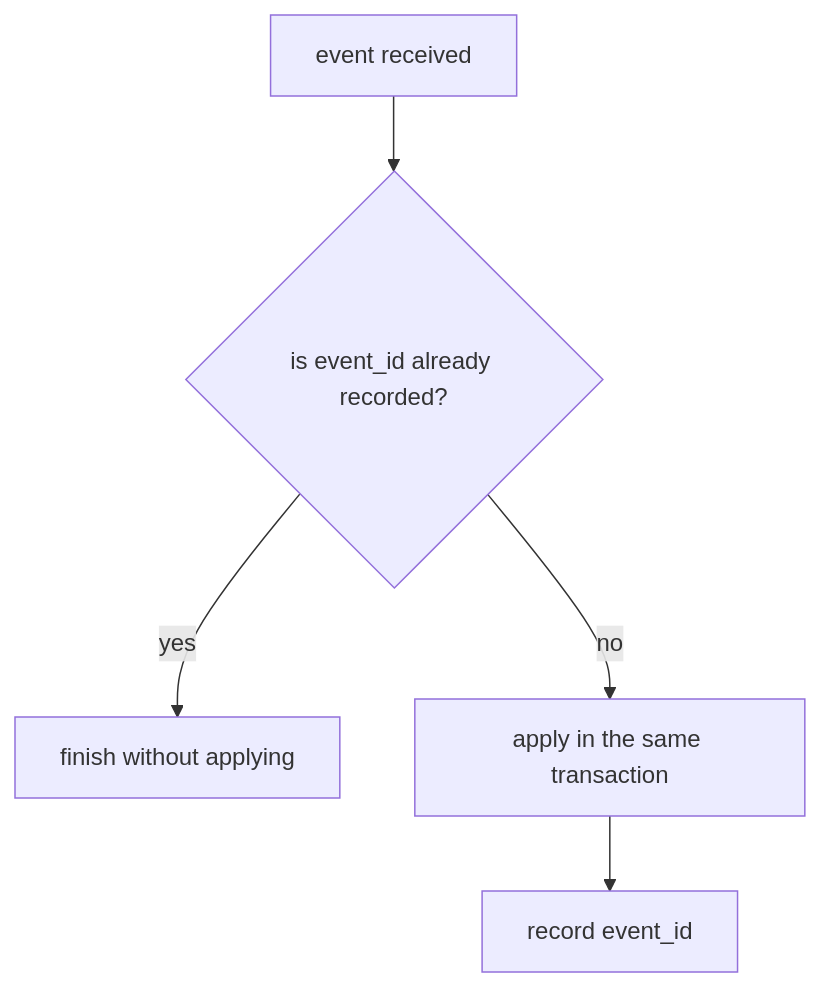
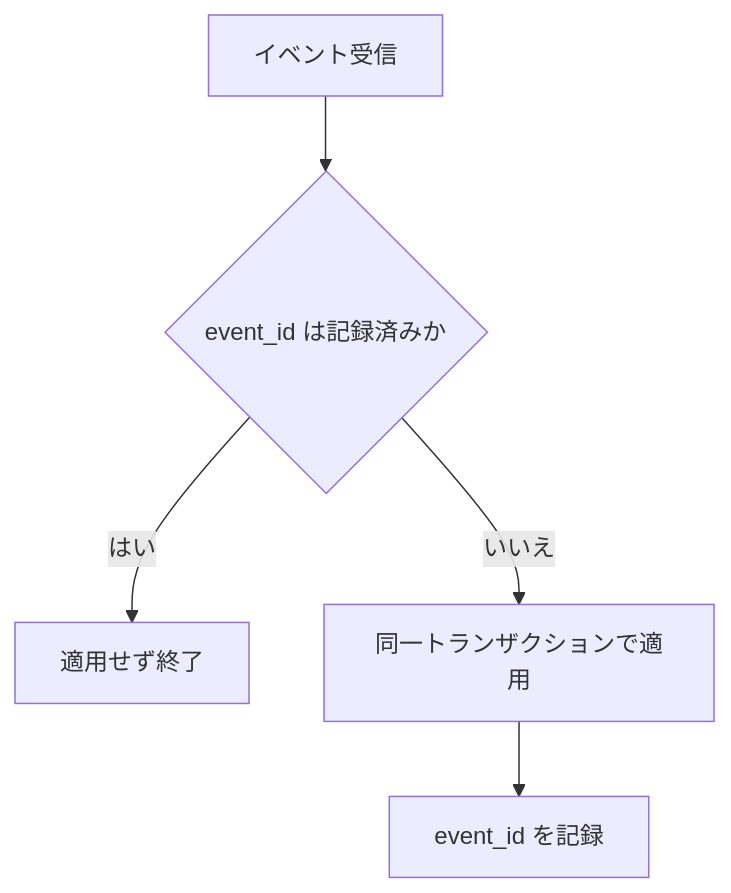
One commit to Tomy-ch/go-boilerplate changed the third of 4 diagrams in docs/plan/distributed-ready-architecture.md. Above: the diagram before and after it, drawn with Mermaid. The commit also changed other lines of this file and 970 other files, not shown here.

````diff
--- a/docs/plan/distributed-ready-architecture.md
+++ b/docs/plan/distributed-ready-architecture.md
@@ -168,7 +160,7 @@
 ```mermaid
 flowchart TB
-    recv["event received"] --> seen{"is event_id already recorded?"}
-    seen -->|"yes"| skip["finish without applying"]
-    seen -->|"no"| exec["apply in the same transaction"]
-    exec --> record["record event_id"]
+    recv["イベント受信"] --> seen{"event_id は記録済みか"}
+    seen -->|"はい"| skip["適用せず終了"]
+    seen -->|"いいえ"| exec["同一トランザクションで適用"]
+    exec --> record["event_id を記録"]
 ```
````
